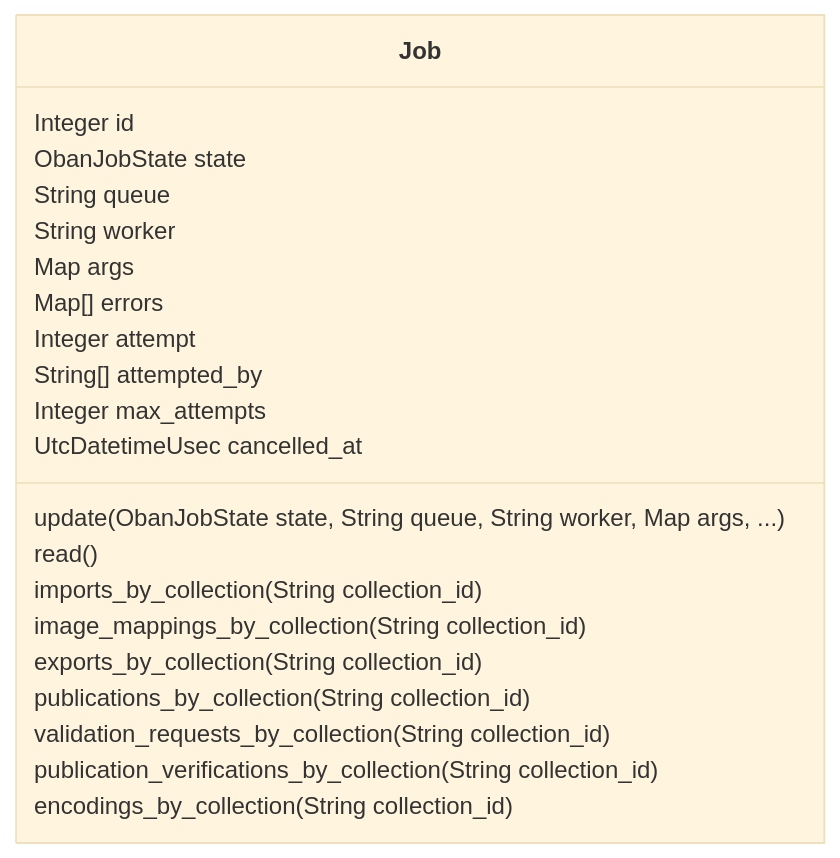
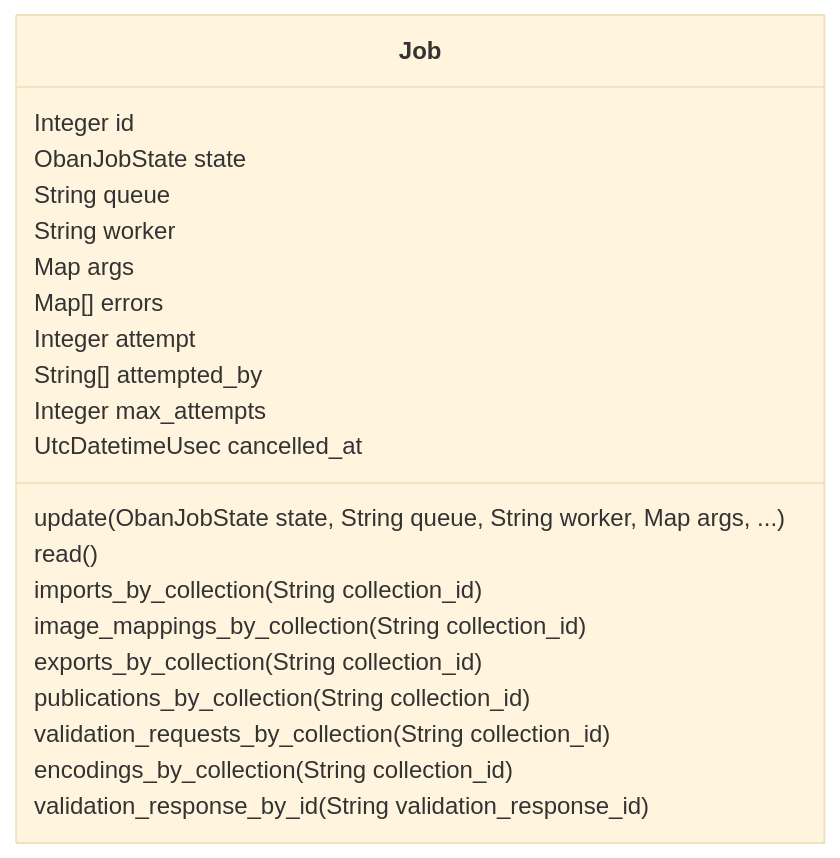
Before and after one commit to zebbra/data_aggregator: the diagram in lib/data_aggregator/jobs/jobs-mermaid-class-diagram.md, drawn with Mermaid (base theme). The commit also changed 368 other files, not shown here.

````diff
--- a/lib/data_aggregator/jobs/jobs-mermaid-class-diagram.md
+++ b/lib/data_aggregator/jobs/jobs-mermaid-class-diagram.md
@@ -1,27 +1,27 @@
 ```mermaid
 classDiagram
     class Job {
         Integer id
         ObanJobState state
         String queue
         String worker
         Map args
         Map[] errors
         Integer attempt
         String[] attempted_by
         Integer max_attempts
         UtcDatetimeUsec cancelled_at
         update(ObanJobState state, String queue, String worker, Map args, ...)
         read()
         imports_by_collection(String collection_id)
         image_mappings_by_collection(String collection_id)
         exports_by_collection(String collection_id)
         publications_by_collection(String collection_id)
         validation_requests_by_collection(String collection_id)
-        publication_verifications_by_collection(String collection_id)
         encodings_by_collection(String collection_id)
+        validation_response_by_id(String validation_response_id)
     }
 
 
 
 ```
````
